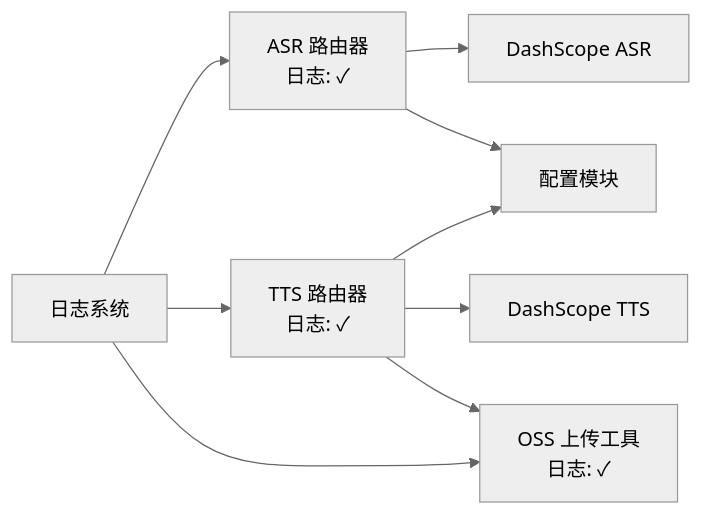
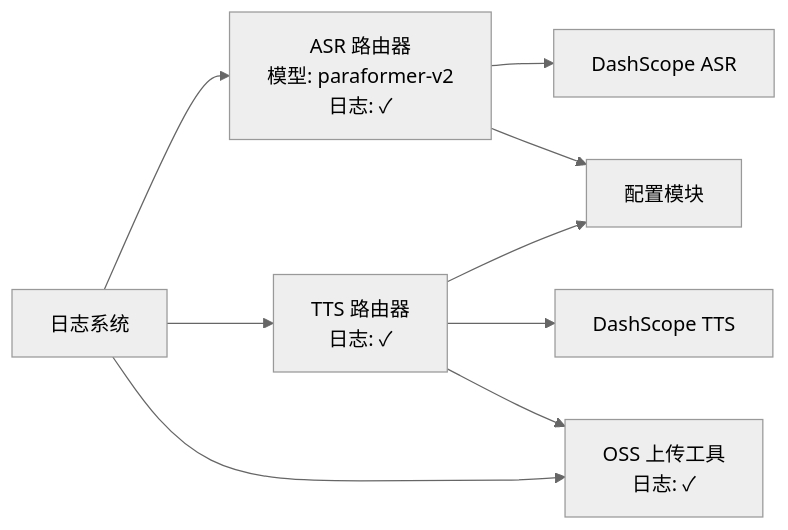
One commit to hbxfhrg/deer-flow changed the sixth of 6 diagrams in .qoder/repowiki/zh/content/架构设计/核心组件详解/网关 API/语音转文字路由器.md. Above: the diagram before and after it, drawn with Mermaid (neutral theme). The commit also changed other lines of this file and 4 other files, not shown here.

````diff
--- a/.qoder/repowiki/zh/content/架构设计/核心组件详解/网关 API/语音转文字路由器.md
+++ b/.qoder/repowiki/zh/content/架构设计/核心组件详解/网关 API/语音转文字路由器.md
@@ -308,11 +326,11 @@
 ```mermaid
 graph LR
-ASR["ASR 路由器<br/>日志: ✓"] --> DashScope["DashScope ASR"]
+ASR["ASR 路由器<br/>模型: paraformer-v2<br/>日志: ✓"] --> DashScope["DashScope ASR"]
 TTS["TTS 路由器<br/>日志: ✓"] --> DashScopeTTS["DashScope TTS"]
 TTS --> OSS["OSS 上传工具<br/>日志: ✓"]
 ASR --> Config["配置模块"]
 TTS --> Config
 Logger["日志系统"] --> ASR
 Logger --> TTS
 Logger --> OSS
 ```
````
